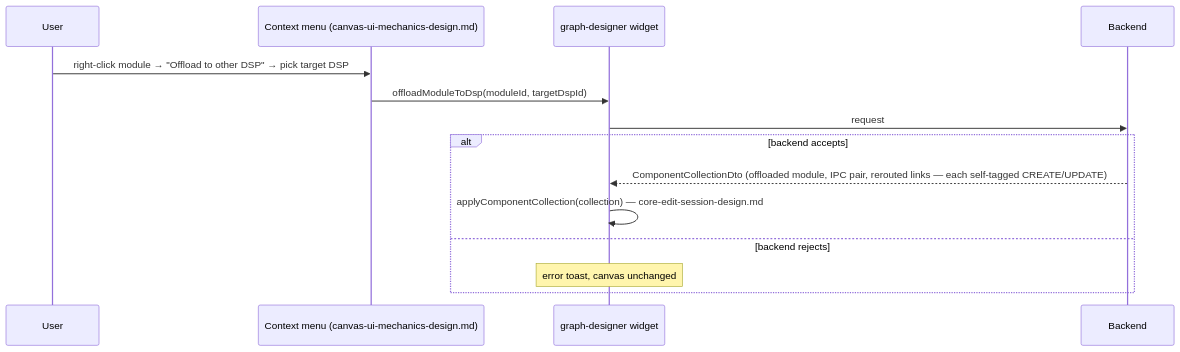
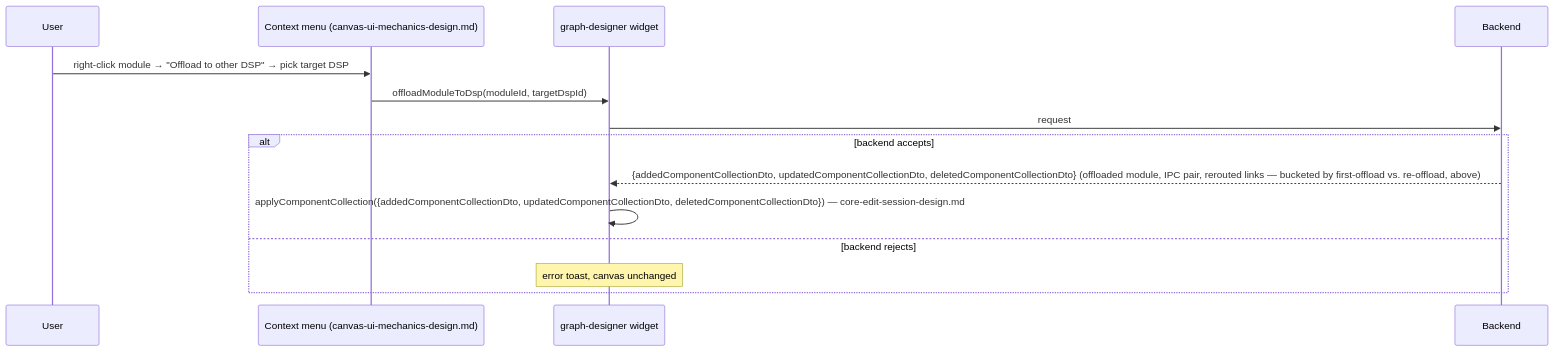
Before and after one commit to ramesh521/audioreach-creator-ui-2: the second of 2 diagrams in docs/graph-designer-edit/design/link-and-port-design.md, drawn with Mermaid. The commit also changed other lines of this file and 5 other files, not shown here.

First line of the commit message:
docs(react): correct edit design docs against api gaps

````diff
--- a/docs/graph-designer-edit/design/link-and-port-design.md
+++ b/docs/graph-designer-edit/design/link-and-port-design.md
@@ -412,17 +561,17 @@
 ```mermaid
 sequenceDiagram
   participant U as User
   participant CM as Context menu (canvas-ui-mechanics-design.md)
   participant O as graph-designer widget
   participant B as Backend
 
   U->>CM: right-click module → "Offload to other DSP" → pick target DSP
   CM->>O: offloadModuleToDsp(moduleId, targetDspId)
   O->>B: request
   alt backend accepts
-    B-->>O: ComponentCollectionDto (offloaded module, IPC pair, rerouted links — each self-tagged CREATE/UPDATE)
-    O->>O: applyComponentCollection(collection) — core-edit-session-design.md
+    B-->>O: {addedComponentCollectionDto, updatedComponentCollectionDto, deletedComponentCollectionDto} (offloaded module, IPC pair, rerouted links — bucketed by first-offload vs. re-offload, above)
+    O->>O: applyComponentCollection({addedComponentCollectionDto, updatedComponentCollectionDto, deletedComponentCollectionDto}) — core-edit-session-design.md
   else backend rejects
     Note over O: error toast, canvas unchanged
   end
 ```
````
